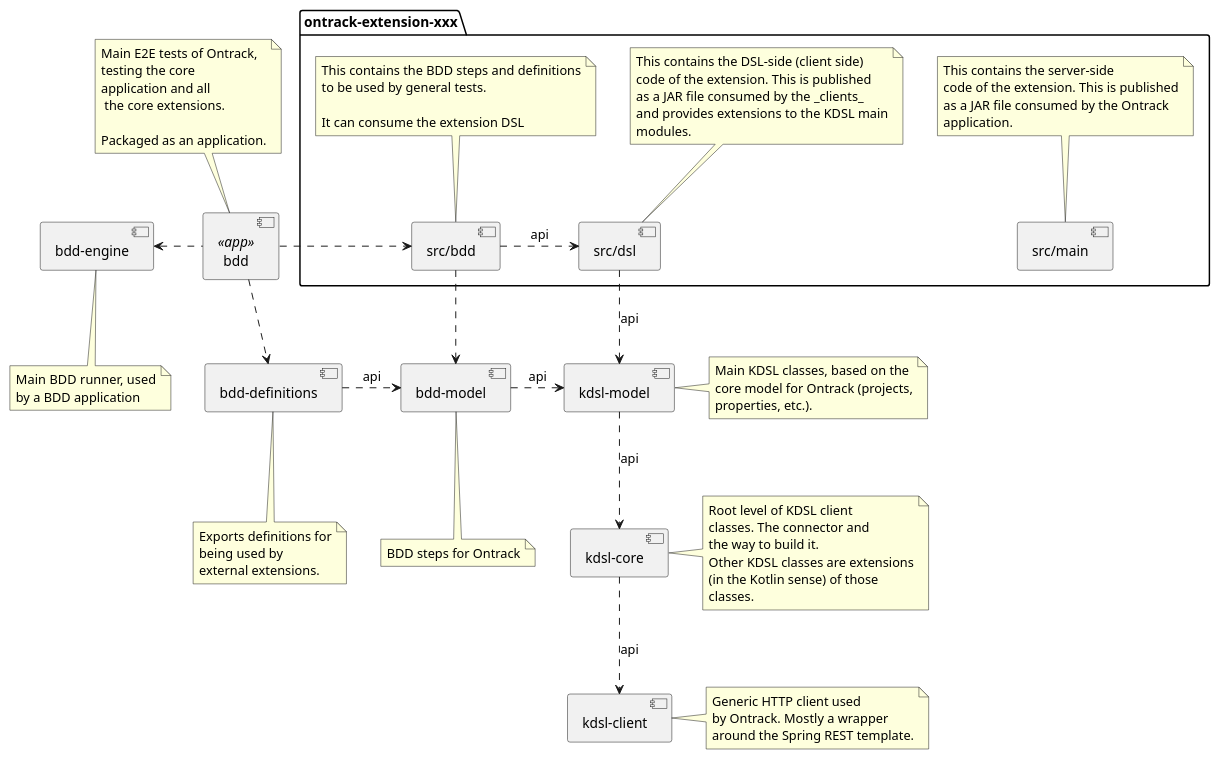
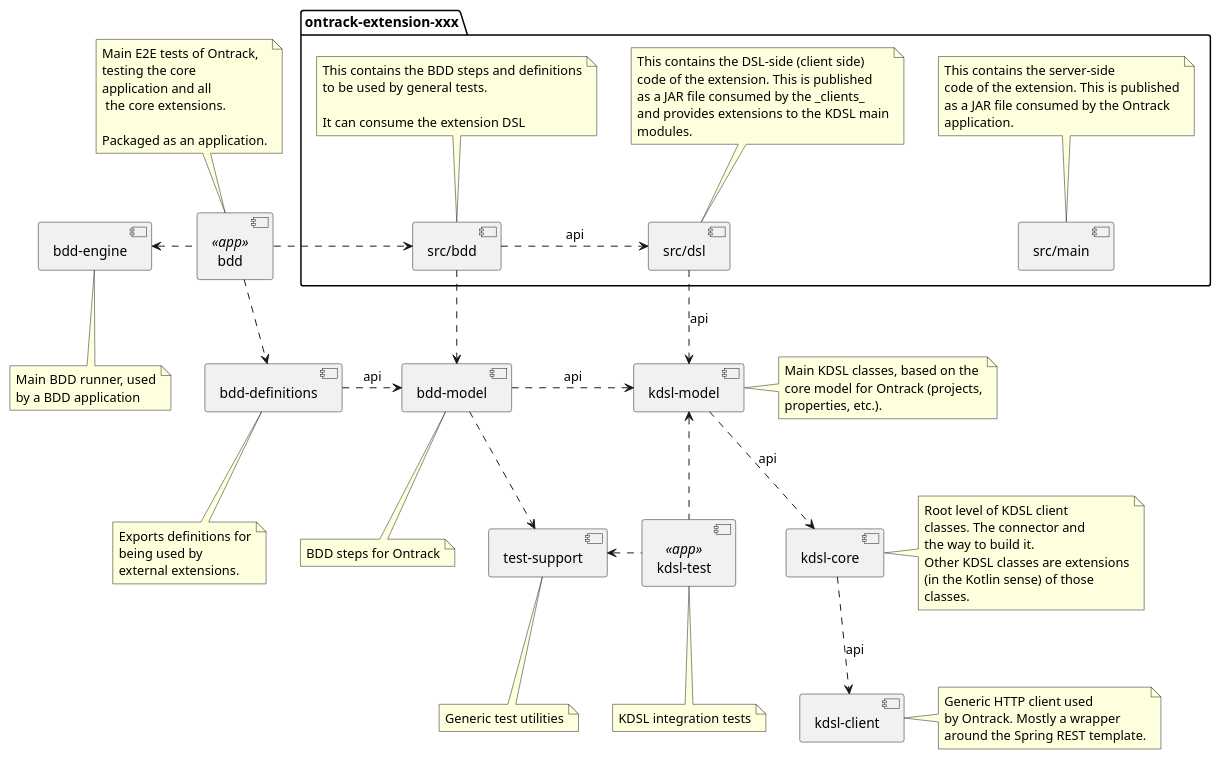
Before and after one commit to ReginaBabo/ontrack: the diagram in ontrack-docs/src/docs/asciidoc/architecture-kdsl.puml, drawn with PlantUML. The commit also changed 28 other files, not shown here.

Commit message:
[bdd] Test support module

```diff
--- a/ontrack-docs/src/docs/asciidoc/architecture-kdsl.puml
+++ b/ontrack-docs/src/docs/asciidoc/architecture-kdsl.puml
@@ -1,111 +1,127 @@
 @startuml
+
+component "test-support" as TestSupport
+
+note bottom of TestSupport
+    Generic test utilities
+end note
 
 component "kdsl-client" as KDSLClient
 
 note right of KDSLClient
     Generic HTTP client used
     by Ontrack. Mostly a wrapper
     around the Spring REST template.
 end note
 
 component "kdsl-core" as KDSLCore
 
 KDSLCore ..> KDSLClient : api
 
 note right of KDSLCore
     Root level of KDSL client
     classes. The connector and
     the way to build it.
     Other KDSL classes are extensions
     (in the Kotlin sense) of those
     classes.
 end note
 
 component "kdsl-model" as KDSLModel
 
 KDSLModel ..> KDSLCore : api
 
 note right of KDSLModel
     Main KDSL classes, based on the
     core model for Ontrack (projects,
     properties, etc.).
 end note
 
 component "bdd-model" as BDDModel
 
 BDDModel .right.> KDSLModel : api
+BDDModel .down.> TestSupport
 
 note bottom of BDDModel
     BDD steps for Ontrack
 end note
+
+component "kdsl-test" as KDSLTest <<app>>
+
+note bottom of KDSLTest
+    KDSL integration tests
+end note
+
+KDSLTest .up.> KDSLModel
+KDSLTest .left.> TestSupport
 
 package "ontrack-extension-xxx" {
 
     component "src/main" as ExtensionJAR
 
     note top of ExtensionJAR
         This contains the server-side
         code of the extension. This is published
         as a JAR file consumed by the Ontrack
         application.
     end note
 
     component "src/dsl" as ExtensionDSL
 
     ExtensionDSL ..> KDSLModel : api
 
     note top of ExtensionDSL
         This contains the DSL-side (client side)
         code of the extension. This is published
         as a JAR file consumed by the _clients_
         and provides extensions to the KDSL main
         modules.
     end note
 
     component "src/bdd" as ExtensionBDD
 
     note top of ExtensionBDD
         This contains the BDD steps and definitions
         to be used by general tests.
 
         It can consume the extension DSL
     end note
 
     ExtensionBDD .right.> ExtensionDSL : api
     ExtensionBDD .down.> BDDModel
 
 }
 
 component "bdd-engine" as BDDEngine
 
 note bottom of BDDEngine
     Main BDD runner, used
     by a BDD application
 end note
 
 component "bdd-definitions" as BDDDefinitions
 
 BDDDefinitions .right.> BDDModel : api
 
 note bottom of BDDDefinitions
     Exports definitions for
     being used by
     external extensions.
 end note
 
 component "bdd" as BDDAcceptance <<app>>
 
 note top of BDDAcceptance
     Main E2E tests of Ontrack,
     testing the core
     application and all
      the core extensions.
 
     Packaged as an application.
 end note
 
 BDDAcceptance .down.> BDDDefinitions
 BDDAcceptance .left.> BDDEngine
 BDDAcceptance .right.> ExtensionBDD
 
 @enduml
```
